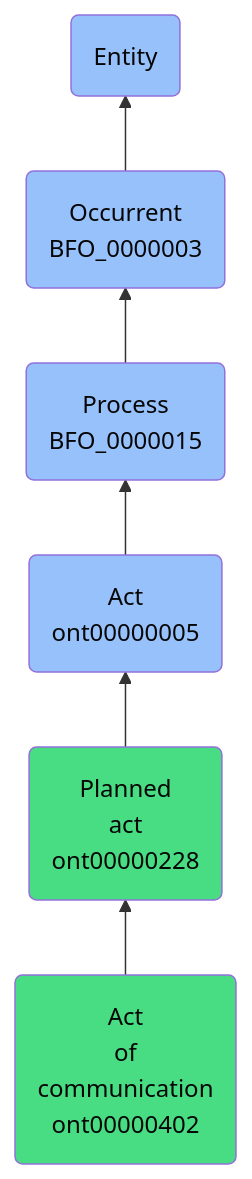
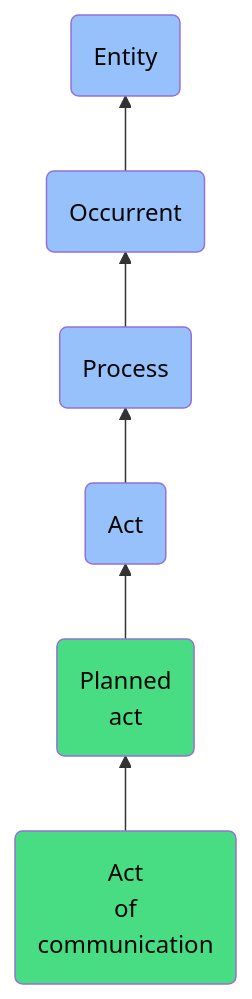
The diagram in docs/ontology/reference/model/Entity/Occurrent/Process/Act/Planned act/Act of communication/Act of communication.md (jupyter-naas/abi), drawn with Mermaid before and after one commit. The commit also changed other lines of this file and 1430 other files, not shown here.

````diff
--- a/docs/ontology/reference/model/Entity/Occurrent/Process/Act/Planned act/Act of communication/Act of communication.md
+++ b/docs/ontology/reference/model/Entity/Occurrent/Process/Act/Planned act/Act of communication/Act of communication.md
@@ -24,13 +24,13 @@
 ```mermaid
 graph BT
-    ont00000402(Act<br>of<br>communication<br>ont00000402):::ABI-->ont00000228
-    ont00000228(Planned<br>act<br>ont00000228):::ABI-->ont00000005
-    ont00000005(Act<br>ont00000005):::BFO-->BFO_0000015
-    BFO_0000015(Process<br>BFO_0000015):::BFO-->BFO_0000003
-    BFO_0000003(Occurrent<br>BFO_0000003):::BFO-->BFO_0000001
+    ont00000402(Act<br>of<br>communication):::ABI-->ont00000228
+    ont00000228(Planned<br>act):::ABI-->ont00000005
+    ont00000005(Act):::BFO-->BFO_0000015
+    BFO_0000015(Process):::BFO-->BFO_0000003
+    BFO_0000003(Occurrent):::BFO-->BFO_0000001
     BFO_0000001(Entity):::BFO
     
     classDef BFO fill:#97c1fb,color:#060606
     classDef CCO fill:#e4c51e,color:#060606
     classDef ABI fill:#48DD82,color:#060606
 ```
````
